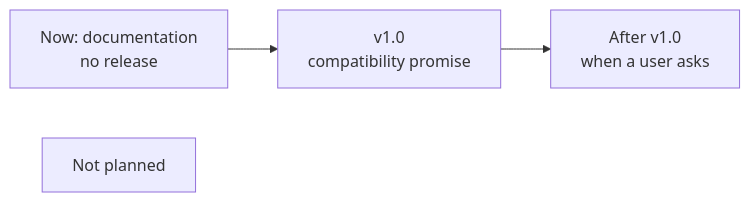
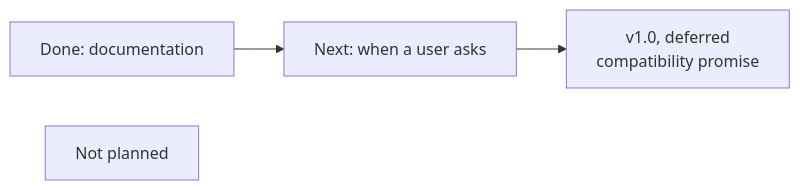
The diagram in docs/roadmap.md (nanmuyao-tools/pingmock), drawn with Mermaid before and after one commit. The commit also changed other lines of this file and 4 other files, not shown here.

````diff
--- a/docs/roadmap.md
+++ b/docs/roadmap.md
@@ -22,6 +22,6 @@
 ```mermaid
 flowchart LR
-    A["Now: documentation<br/>no release"] --> B["v1.0<br/>compatibility promise"]
-    B --> C["After v1.0<br/>when a user asks"]
+    A["Done: documentation"] --> C["Next: when a user asks"]
+    C --> B["v1.0, deferred<br/>compatibility promise"]
     N["Not planned"]
 ```
````
